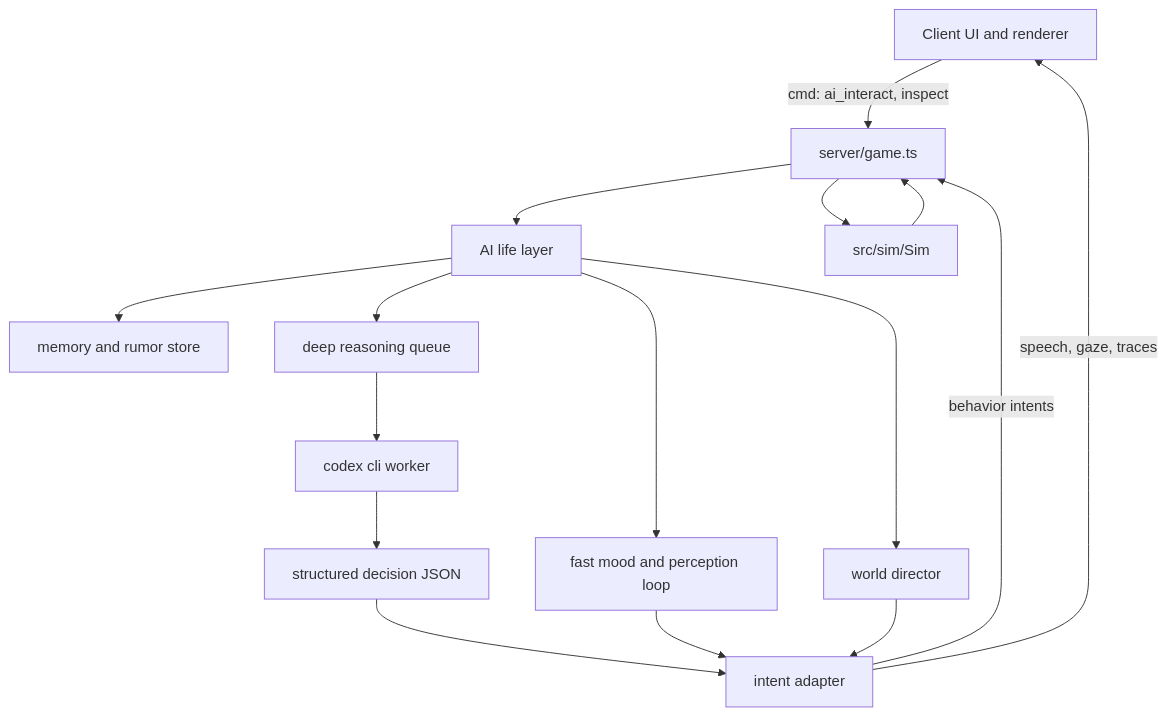
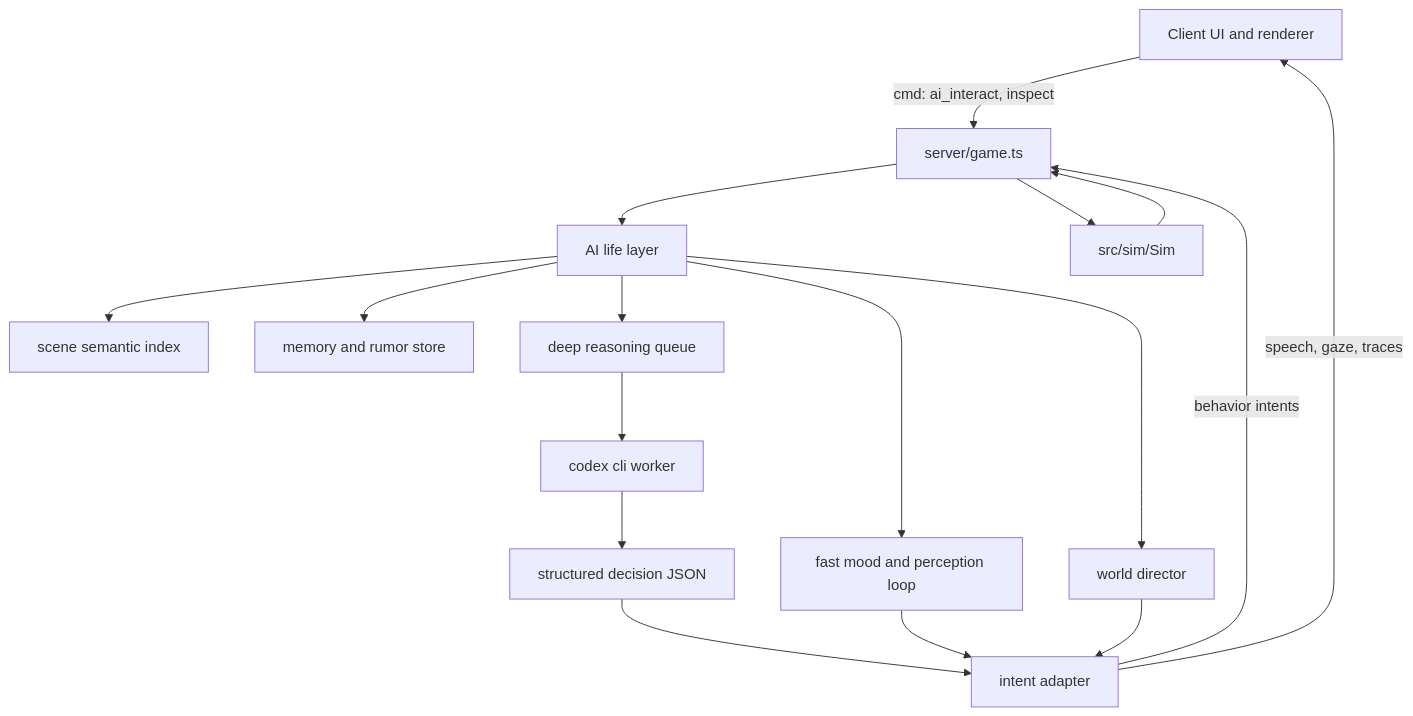
One commit to angelash/world-of-claudecraft changed the diagram in docs/design/ai-interactable-agents.zh_CN.md. Above: the diagram before and after it, drawn with Mermaid. The commit also changed other lines of this file, not shown here.

First line of the commit message:
docs: update AI interactable agents plan with scene perception enhancements

````diff
--- a/docs/design/ai-interactable-agents.zh_CN.md
+++ b/docs/design/ai-interactable-agents.zh_CN.md
@@ -166,18 +552,19 @@
 ```mermaid
 flowchart TD
   Client["Client UI and renderer"] -->|cmd: ai_interact, inspect| GameServer["server/game.ts"]
   GameServer --> LifeLayer["AI life layer"]
   LifeLayer --> FastLoop["fast mood and perception loop"]
+  LifeLayer --> SceneIndex["scene semantic index"]
   LifeLayer --> Memory["memory and rumor store"]
   LifeLayer --> Director["world director"]
   LifeLayer --> Queue["deep reasoning queue"]
   Queue --> Worker["codex cli worker"]
   Worker --> Schema["structured decision JSON"]
   Schema --> Policy["intent adapter"]
   FastLoop --> Policy
   Director --> Policy
   Policy -->|behavior intents| GameServer
   Policy -->|speech, gaze, traces| Client
   GameServer --> Sim["src/sim/Sim"]
   Sim --> GameServer
 ```
````
